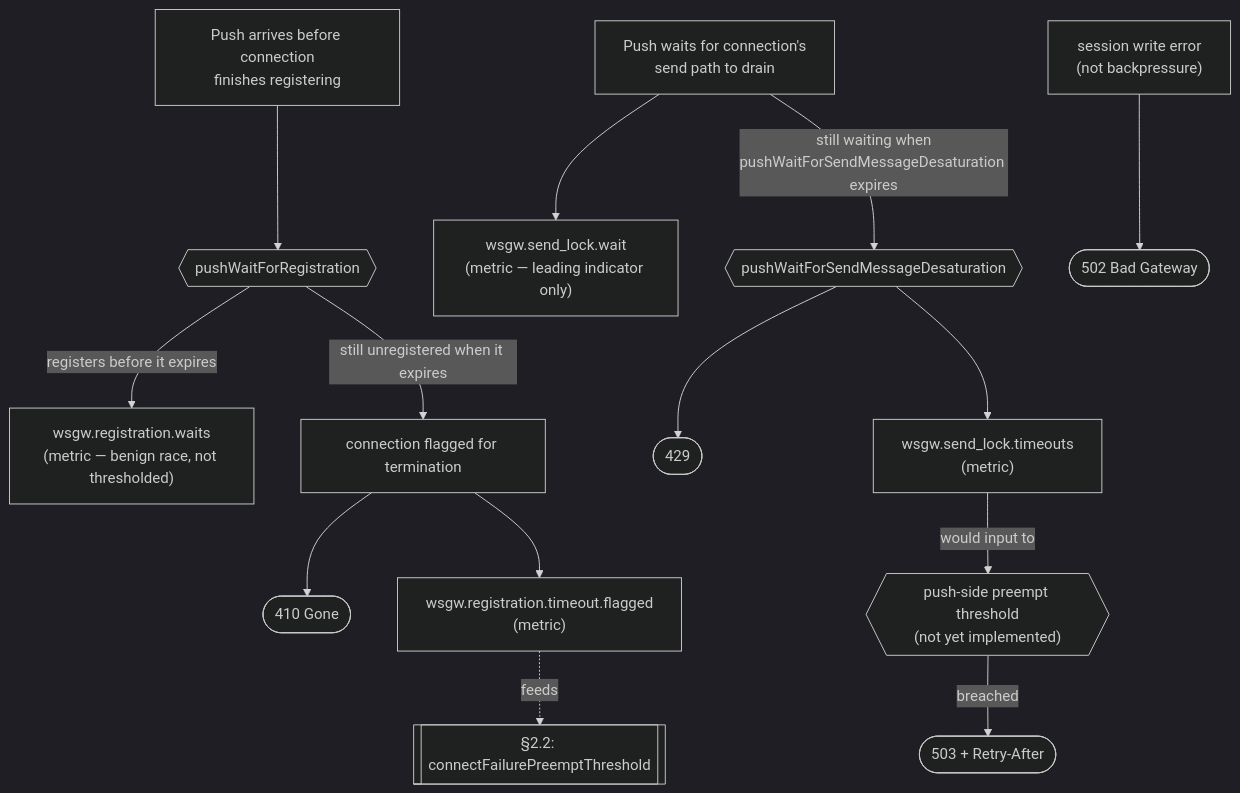
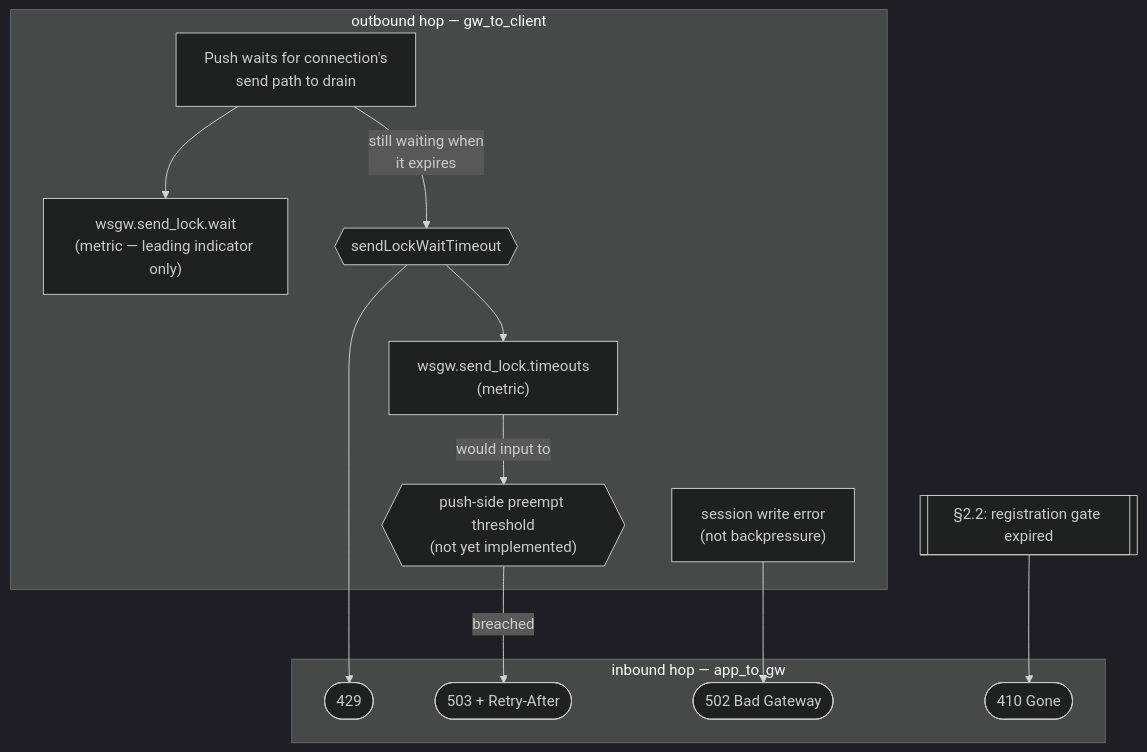
Before and after one commit to pdkovacs/wsgw-jakarta: the second of 4 diagrams in docs/backpressure.md, drawn with Mermaid (dark theme). The commit also changed other lines of this file and 12 other files, not shown here.

````diff
--- a/docs/backpressure.md
+++ b/docs/backpressure.md
@@ -158,20 +309,23 @@
 ```mermaid
 flowchart TD
-    R0["Push arrives before connection\nfinishes registering"]
-    R0 --> KnobReg{{"pushWaitForRegistration"}}
-    KnobReg -->|"registers before it expires"| RaceOK["wsgw.registration.waits\n(metric — benign race, not thresholded)"]
-    KnobReg -->|"still unregistered when it expires"| FlagForTermination["connection flagged for termination"]
-    FlagForTermination --> Sig410(["410 Gone"])
-    FlagForTermination --> MetricTerm["wsgw.registration.timeout.flagged\n(metric)"]
-    MetricTerm -.->|feeds| Ext1[["§2.2: connectFailurePreemptThreshold"]]
+    subgraph inbound["inbound hop — app_to_gw"]
+        Sig429(["429"])
+        Sig503(["503 + Retry-After"])
+        Sig502(["502 Bad Gateway"])
+        Sig410(["410 Gone"])
+    end
 
-    S0["Push waits for connection's\nsend path to drain"]
-    S0 --> MetricAvg["wsgw.send_lock.wait\n(metric — leading indicator only)"]
-    S0 -->|"still waiting when\npushWaitForSendMessageDesaturation expires"| KnobSend{{"pushWaitForSendMessageDesaturation"}}
-    KnobSend --> Sig429(["429"])
-    KnobSend --> MetricWaitCount["wsgw.send_lock.timeouts\n(metric)"]
-    MetricWaitCount -->|"would input to"| KnobPreempt{{"push-side preempt threshold\n(not yet implemented)"}}
-    KnobPreempt -->|"breached"| Sig503(["503 + Retry-After"])
+    subgraph outbound["outbound hop — gw_to_client"]
+        S0["Push waits for connection's\nsend path to drain"]
+        S0 --> MetricAvg["wsgw.send_lock.wait\n(metric — leading indicator only)"]
+        S0 -->|"still waiting when\nit expires"| KnobSend{{"sendLockWaitTimeout"}}
+        KnobSend --> MetricWaitCount["wsgw.send_lock.timeouts\n(metric)"]
+        MetricWaitCount -->|"would input to"| KnobPreempt{{"push-side preempt threshold\n(not yet implemented)"}}
+        WriteErr["session write error\n(not backpressure)"]
+    end
 
-    WriteErr["session write error\n(not backpressure)"] --> Sig502(["502 Bad Gateway"])
+    KnobSend --> Sig429
+    KnobPreempt -->|"breached"| Sig503
+    WriteErr --> Sig502
+    Gate[["§2.2: registration gate expired"]] --> Sig410
 ```
````
